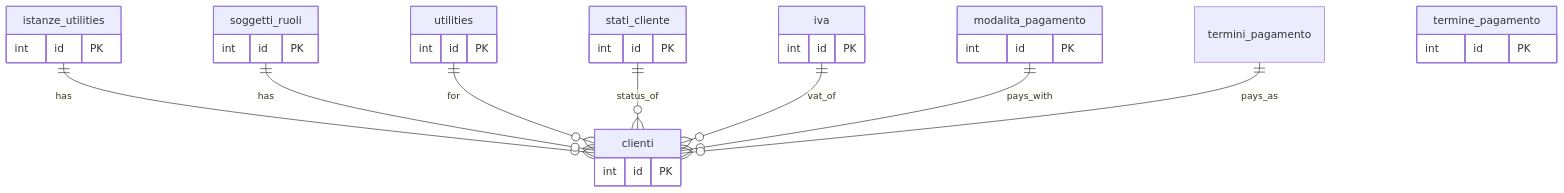
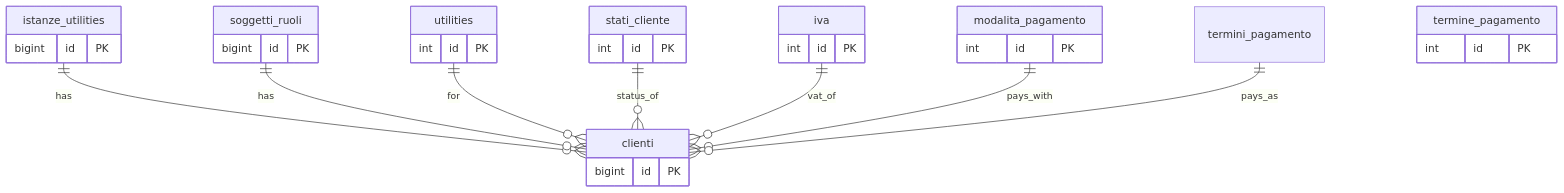
The diagram in docs/it/dbzero/anagrafiche/manual/clienti.md (Tito-it/ZeroErp), drawn with Mermaid before and after one commit. The commit also changed other lines of this file and 33 other files, not shown here.

````diff
--- a/docs/it/dbzero/anagrafiche/manual/clienti.md
+++ b/docs/it/dbzero/anagrafiche/manual/clienti.md
@@ -86,21 +86,21 @@
 ```mermaid
 %%{init: {'er': {'layoutDirection': 'TB'}}}%%
 erDiagram
     istanze_utilities ||--o{ clienti : has
     soggetti_ruoli    ||--o{ clienti : has
     utilities         ||--o{ clienti : for
     stati_cliente     ||--o{ clienti : status_of
     iva               ||--o{ clienti : vat_of
     modalita_pagamento||--o{ clienti : pays_with
     termini_pagamento ||--o{ clienti : pays_as
 
 
-    istanze_utilities   { int id PK }
-    soggetti_ruoli      { int id PK }
+    istanze_utilities   { bigint id PK }
+    soggetti_ruoli      { bigint id PK }
     utilities           { int id PK }
     stati_cliente       { int id PK }
     iva                 { int id PK }
     modalita_pagamento  { int id PK }
     termine_pagamento   { int id PK }
-    clienti             { int id PK }
+    clienti             { bigint id PK }
 ```
````
